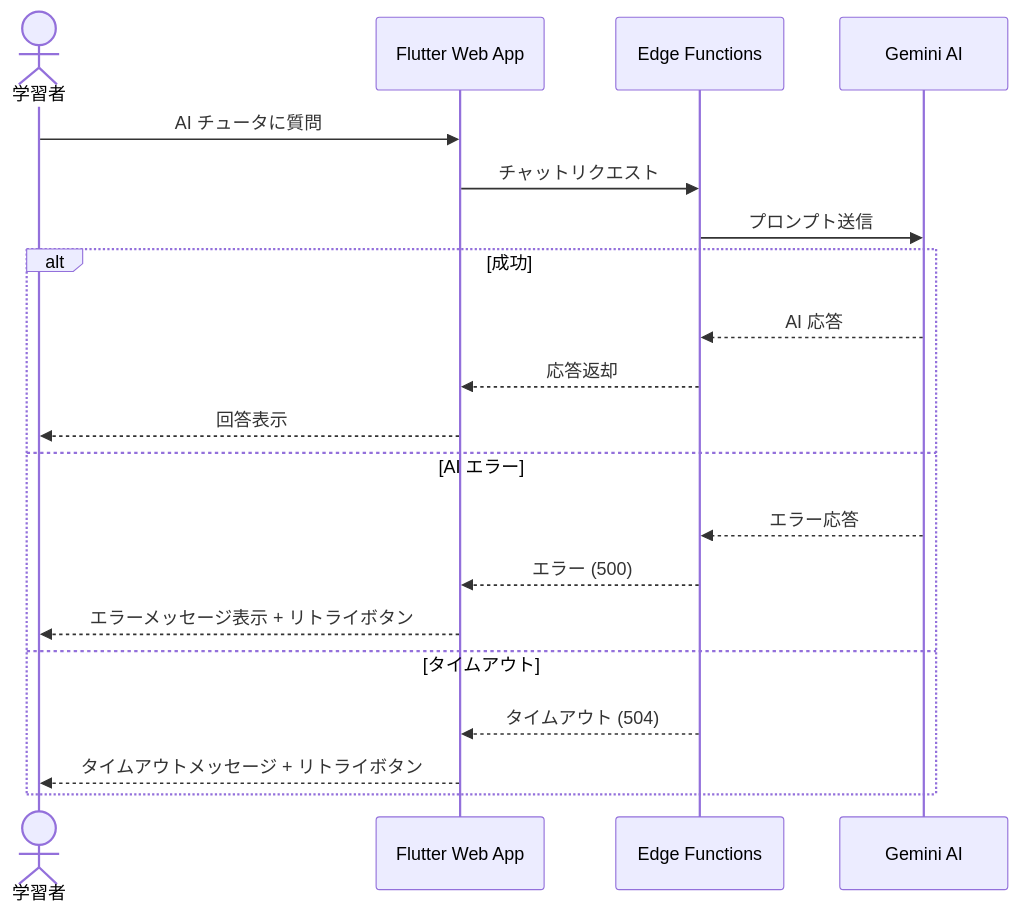
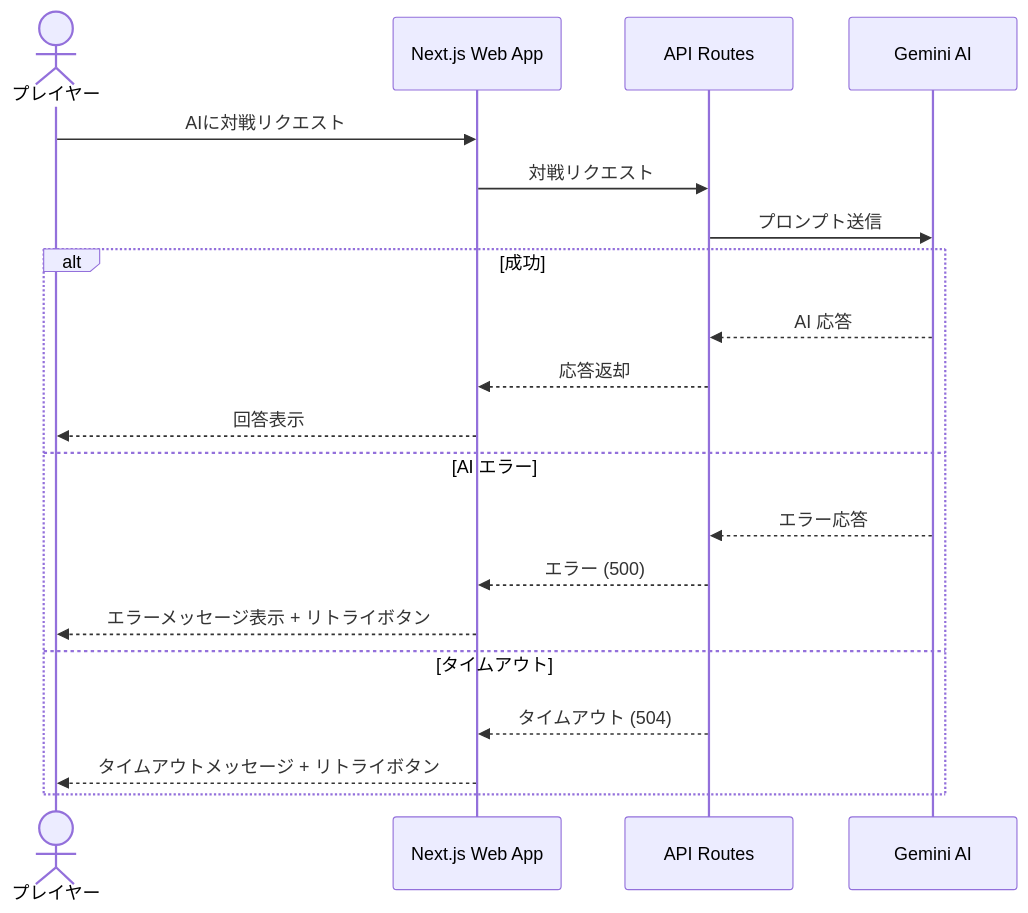
The sixth of 9 diagrams in .claude/skills/system-designer/references/mermaid-c4-patterns.md (buddypia/kaiju-voice), drawn with Mermaid before and after one commit. The commit also changed other lines of this file and 353 other files, not shown here.

````diff
--- a/.claude/skills/system-designer/references/mermaid-c4-patterns.md
+++ b/.claude/skills/system-designer/references/mermaid-c4-patterns.md
@@ -175,24 +175,24 @@
 ```mermaid
 sequenceDiagram
-  actor User as 学習者
-  participant App as Flutter Web App
-  participant EF as Edge Functions
+  actor User as プレイヤー
+  participant App as Next.js Web App
+  participant EF as API Routes
   participant AI as Gemini AI
 
-  User->>App: AI チュータに質問
-  App->>EF: チャットリクエスト
+  User->>App: AIに対戦リクエスト
+  App->>EF: 対戦リクエスト
   EF->>AI: プロンプト送信
 
   alt 成功
     AI-->>EF: AI 応答
     EF-->>App: 応答返却
     App-->>User: 回答表示
   else AI エラー
     AI-->>EF: エラー応答
     EF-->>App: エラー (500)
     App-->>User: エラーメッセージ表示 + リトライボタン
   else タイムアウト
     EF-->>App: タイムアウト (504)
     App-->>User: タイムアウトメッセージ + リトライボタン
   end
 ```
````
